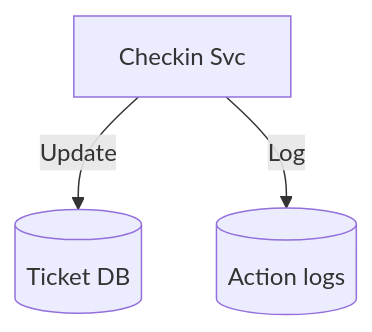
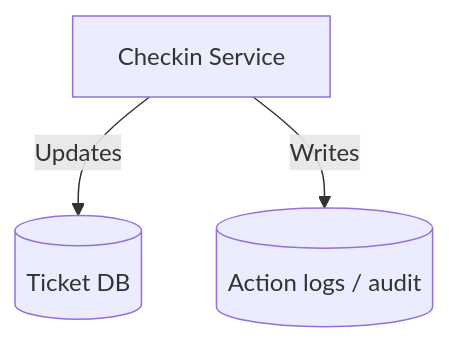
Before and after one commit to SDN-Group5/Event-Ticketing-Platform: diagram 28 of 28 in doc/UML/Phuoc_PaymentCheckin.md, drawn with Mermaid. The commit also changed other lines of this file and 19 other files, not shown here.

````diff
--- a/doc/UML/Phuoc_PaymentCheckin.md
+++ b/doc/UML/Phuoc_PaymentCheckin.md
@@ -384,5 +436,5 @@
 ```mermaid
 graph TD
-    C[Checkin Svc] -- Update --> DB[(Ticket DB)]
-    C -- Log --> L[(Action logs)]
+    C[Checkin Service] -- Updates --> DB[(Ticket DB)]
+    C -- Writes --> L[(Action logs / audit)]
 ```
````
